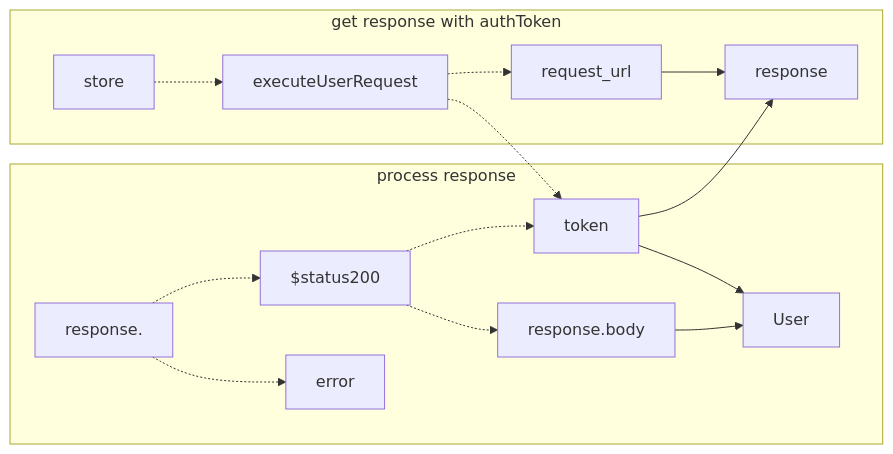
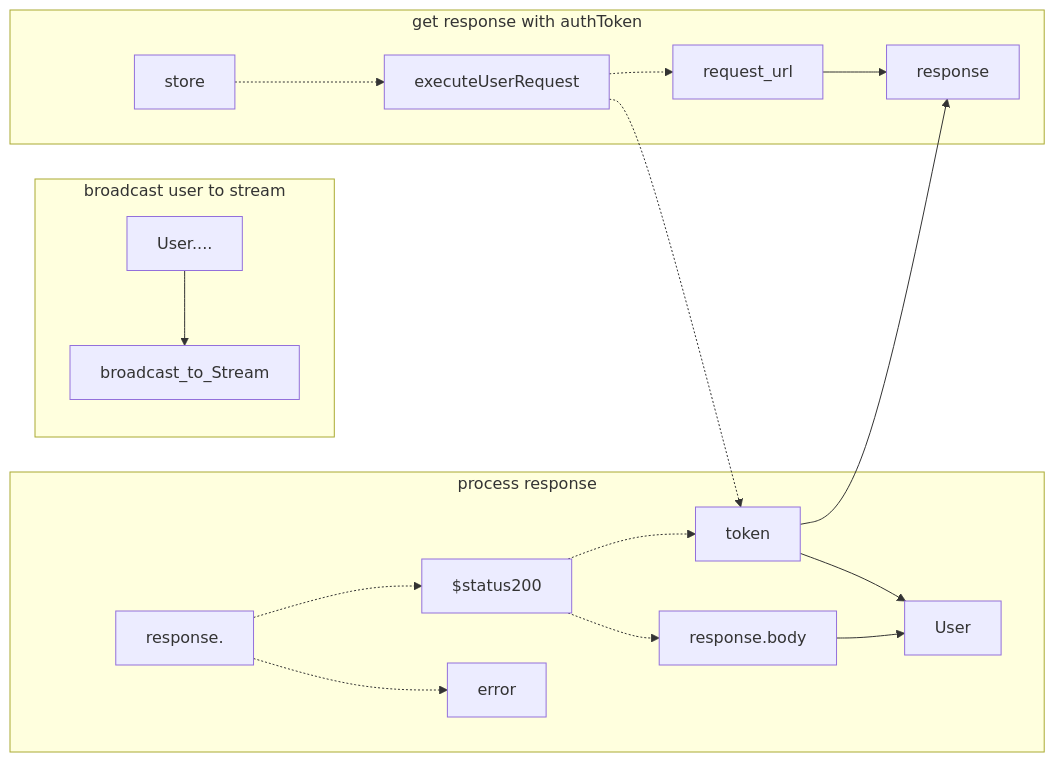
Before and after one commit to gordianknotC/nxp_note: diagram 12 of 13 in newage/astro.md, drawn with Mermaid. The commit also changed other lines of this file, not shown here.

Commit message:
newage/astro.md updated from https://stackedit.io/

````diff
--- a/newage/astro.md
+++ b/newage/astro.md
@@ -202,24 +202,25 @@
 ```mermaid
 graph LR
 
+subgraph broadcast user to stream
+	User.... --> broadcast_to_Stream
+end
 subgraph process response
 	response. -.-> $status200
 	response. -.-> error
 	$status200 -.-> response.body
 	$status200 -.-> token
 	token --> User
 	response.body --> User
 end
 
 subgraph get response with authToken
 	store -.-> executeUserRequest
 	executeUserRequest -.-> token
 	executeUserRequest -.-> request_url
 	token --> response
 	request_url --> response
 end
 
 
- 
-
 ```
````
